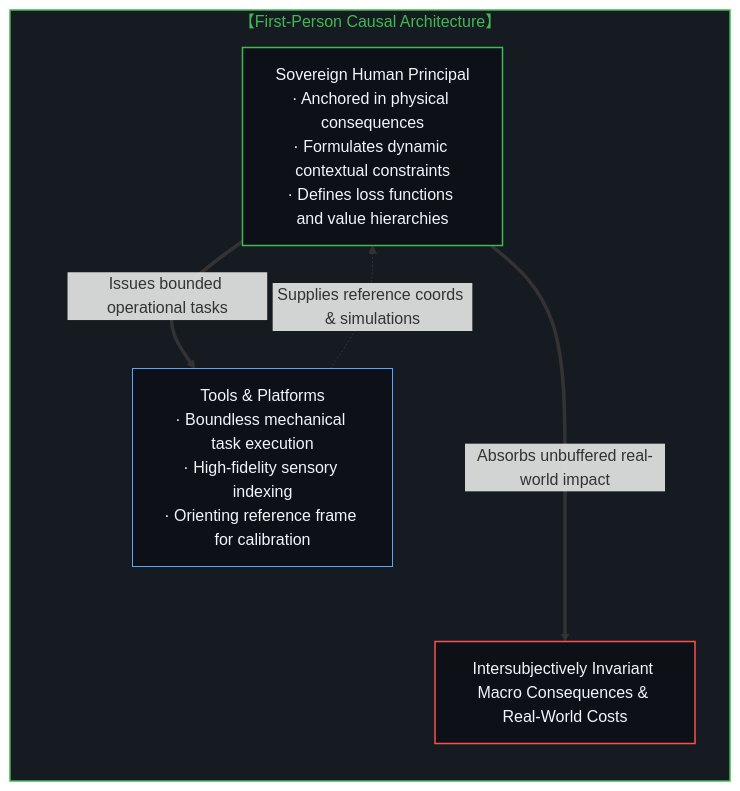
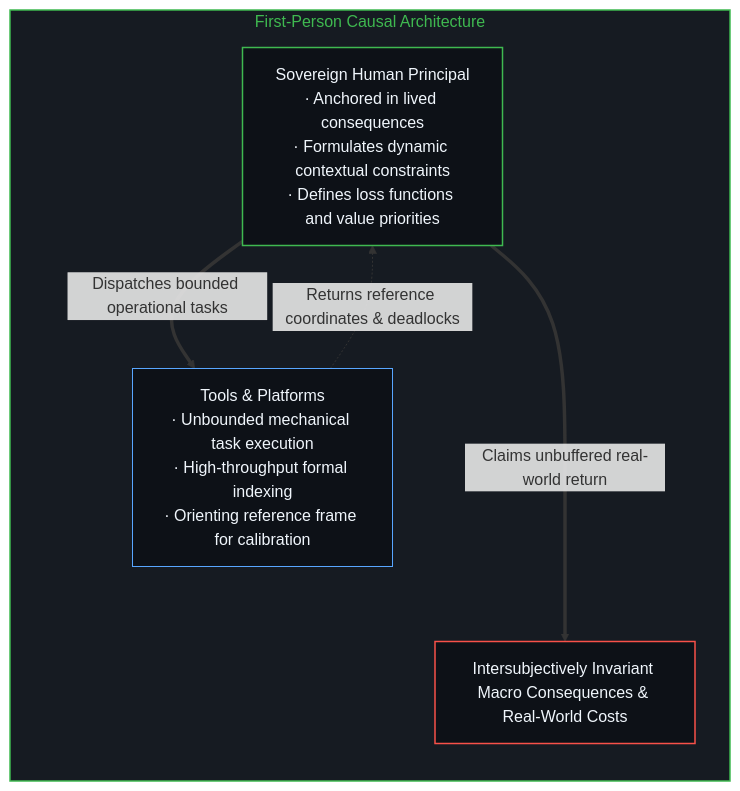
Diagram 12 of 12 in content/posts/the-delegation-of-the-task-and-the-inalienability-of-consequences.md (powerpig99/not-a-toe), drawn with Mermaid before and after one commit. The commit also changed other lines of this file and 1 other file, not shown here.

Commit message:
Refine L1 #8 (Wave 3): the-delegation-of-the-task-and-the-inalienability-of-consequences

````diff
--- a/content/posts/the-delegation-of-the-task-and-the-inalienability-of-consequences.md
+++ b/content/posts/the-delegation-of-the-task-and-the-inalienability-of-consequences.md
@@ -432,16 +408,16 @@
 ```mermaid
-graph TD
-    subgraph FirstPerson_Causal_Structure_EN["【First-Person Causal Architecture】"]
+flowchart TD
+    subgraph S_Hierarchy["First-Person Causal Architecture"]
         direction TB
-        H_EN["Sovereign Human Principal<br/>· Anchored in physical consequences<br/>· Formulates dynamic contextual constraints<br/>· Defines loss functions and value hierarchies"]
-        T_EN["Tools & Platforms<br/>· Boundless mechanical task execution<br/>· High-fidelity sensory indexing<br/>· Orienting reference frame for calibration"]
-        H_EN ==>|"Issues bounded operational tasks"| T_EN
-        T_EN -.->|"Supplies reference coords & simulations"| H_EN
-        H_EN ===>|"Absorbs unbuffered real-world impact"| R_EN["Intersubjectively Invariant Macro Consequences & Real-World Costs"]
+        H["Sovereign Human Principal<br/>· Anchored in lived consequences<br/>· Formulates dynamic contextual constraints<br/>· Defines loss functions and value priorities"]
+        T["Tools & Platforms<br/>· Unbounded mechanical task execution<br/>· High-throughput formal indexing<br/>· Orienting reference frame for calibration"]
+        H ==>|"Dispatches bounded operational tasks"| T
+        T -.->|"Returns reference coordinates & deadlocks"| H
+        H ===>|"Claims unbuffered real-world return"| R["Intersubjectively Invariant Macro Consequences & Real-World Costs"]
     end
 
-    style FirstPerson_Causal_Structure_EN fill:#161b22,stroke:#3fb950,stroke-width:1.5px,color:#3fb950
-    style H_EN fill:#0d1117,stroke:#3fb950,stroke-width:1.5px,color:#f0f6fc
-    style T_EN fill:#0d1117,stroke:#58a6ff,stroke-width:1px,color:#f0f6fc
-    style R_EN fill:#0d1117,stroke:#f85149,stroke-width:1.5px,color:#f0f6fc
+    style S_Hierarchy fill:#161b22,stroke:#3fb950,stroke-width:1.5px,color:#3fb950
+    style H fill:#0d1117,stroke:#3fb950,stroke-width:1.5px,color:#f0f6fc
+    style T fill:#0d1117,stroke:#58a6ff,stroke-width:1px,color:#f0f6fc
+    style R fill:#0d1117,stroke:#f85149,stroke-width:1.5px,color:#f0f6fc
 ```
````
